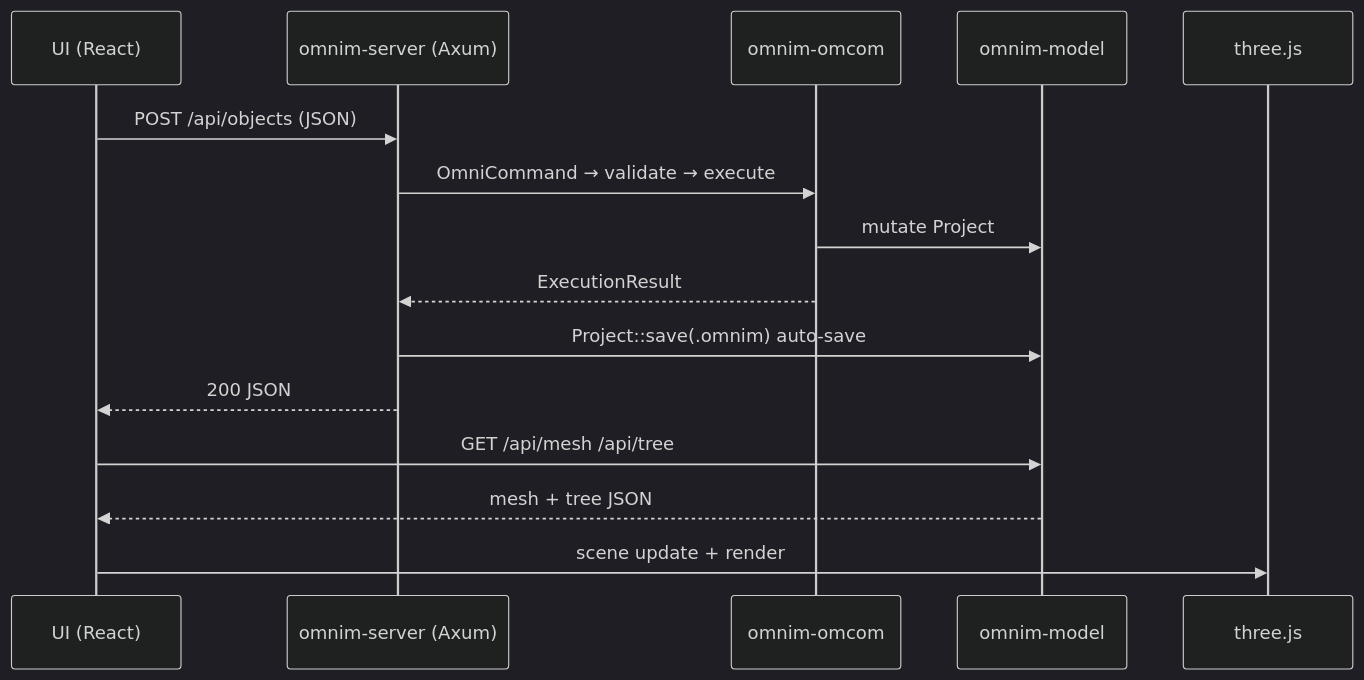
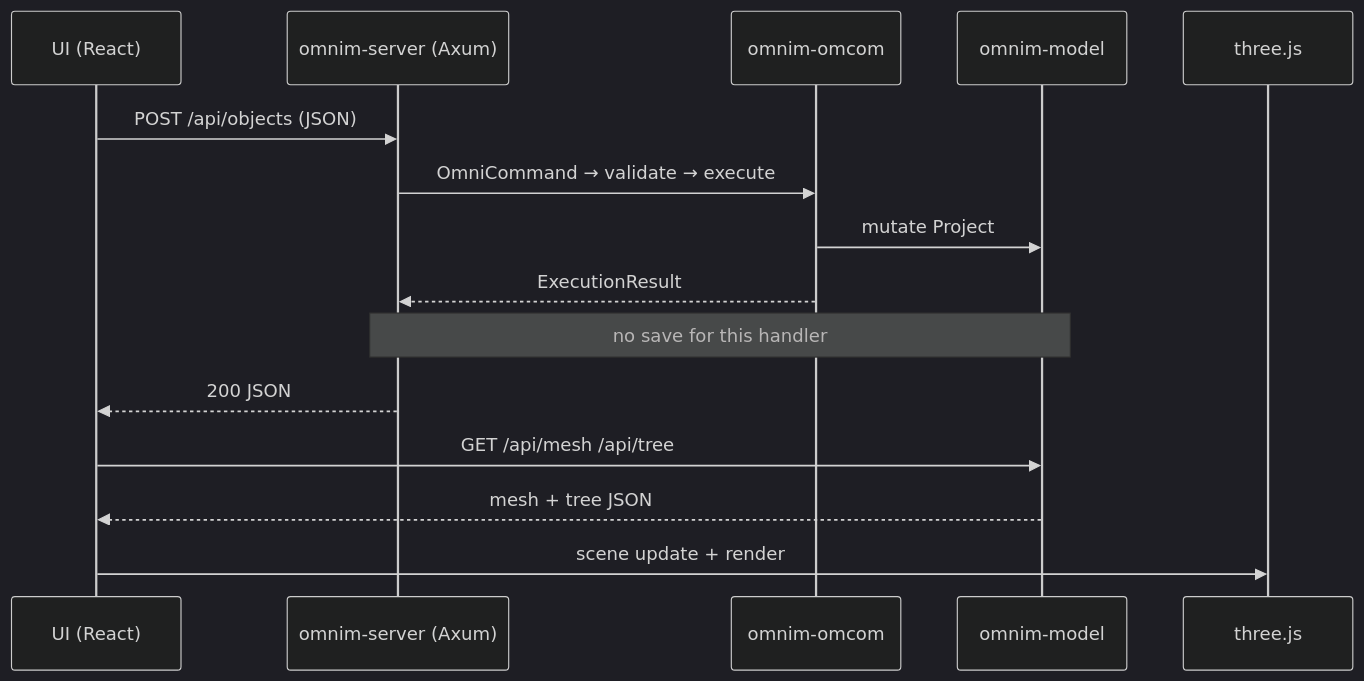
Before and after one commit to ronekyng/OmniM: the first of 5 diagrams in docs/architecture/DATA_FLOW.md, drawn with Mermaid (dark theme). The commit also changed other lines of this file and 74 other files, not shown here.

````diff
--- a/docs/architecture/DATA_FLOW.md
+++ b/docs/architecture/DATA_FLOW.md
@@ -72,17 +85,17 @@
 ```mermaid
 sequenceDiagram
     participant U as UI (React)
     participant S as omnim-server (Axum)
     participant O as omnim-omcom
     participant M as omnim-model
     participant R as three.js
     U->>S: POST /api/objects (JSON)
     S->>O: OmniCommand → validate → execute
     O->>M: mutate Project
     O-->>S: ExecutionResult
-    S->>M: Project::save(.omnim) auto-save
+    Note over S,M: no save for this handler
     S-->>U: 200 JSON
     U->>M: GET /api/mesh /api/tree
     M-->>U: mesh + tree JSON
     U->>R: scene update + render
 ```
````
